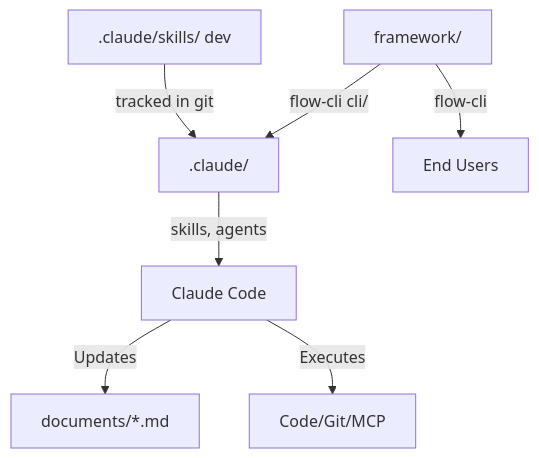
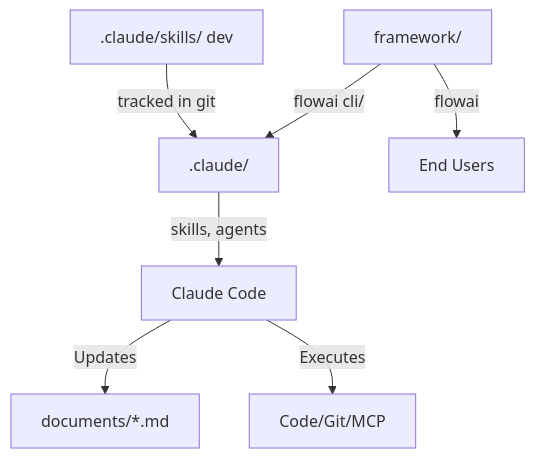
The first of 2 diagrams in documents/design.md (korchasa/flow), drawn with Mermaid before and after one commit. The commit also changed other lines of this file and 14 other files, not shown here.

First line of the commit message:
refactor: rename flow-cli → flowai

````diff
--- a/documents/design.md
+++ b/documents/design.md
@@ -13,9 +13,9 @@
   ```mermaid
   graph TD
-    Framework[framework/] -->|flow-cli cli/| Claude[.claude/]
+    Framework[framework/] -->|flowai cli/| Claude[.claude/]
     DevSkills[.claude/skills/ dev] -->|tracked in git| Claude
     Claude -->|skills, agents| IDE[Claude Code]
     IDE -->|Updates| Docs[documents/*.md]
     IDE -->|Executes| Actions[Code/Git/MCP]
-    Framework -->|flow-cli| Users[End Users]
+    Framework -->|flowai| Users[End Users]
   ```
````
